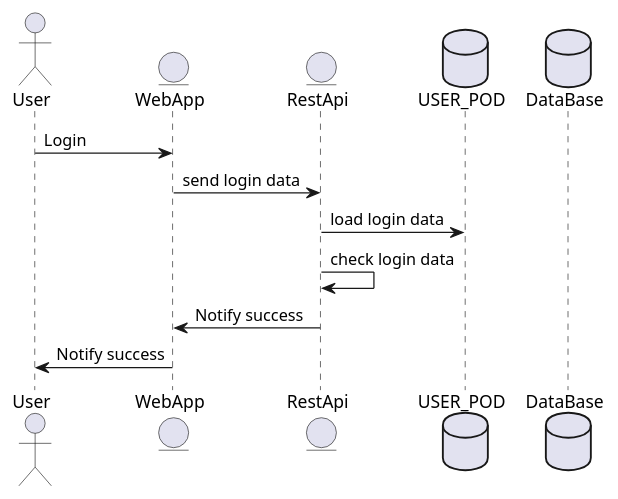
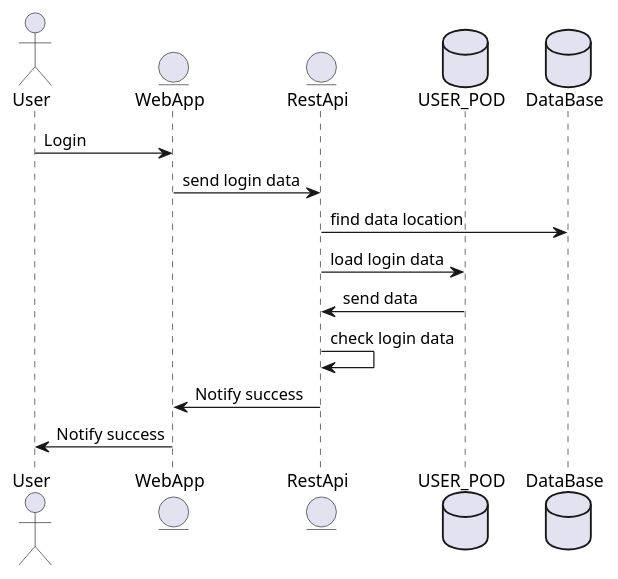
Before and after one commit to Arquisoft/dede_es3c: the third of 10 diagrams in docs/06_runtime_view.adoc, drawn with PlantUML. The commit also changed other lines of this file, not shown here.

```diff
--- a/docs/06_runtime_view.adoc
+++ b/docs/06_runtime_view.adoc
@@ -45,16 +46,18 @@
 [plantuml,"LoginUserPOD",png]
 ----
 @startuml
 actor User
 entity WebApp
 entity RestApi
 database USER_POD
 database DataBase
 User-> WebApp : Login
 WebApp-> RestApi : send login data
+RestApi -> DataBase : find data location
 RestApi -> USER_POD : load login data
+USER_POD -> RestApi : send data
 RestApi -> RestApi : check login data
 RestApi -> WebApp: Notify success
 WebApp-> User: Notify success
 @enduml
 ----
```
